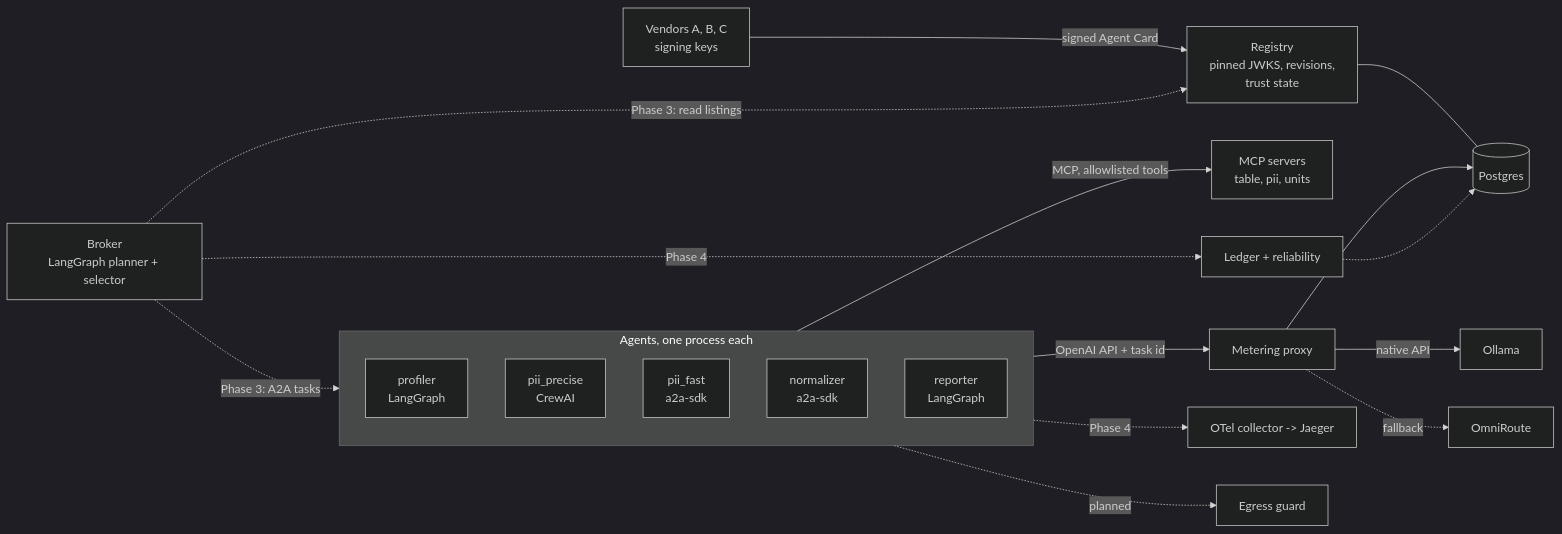
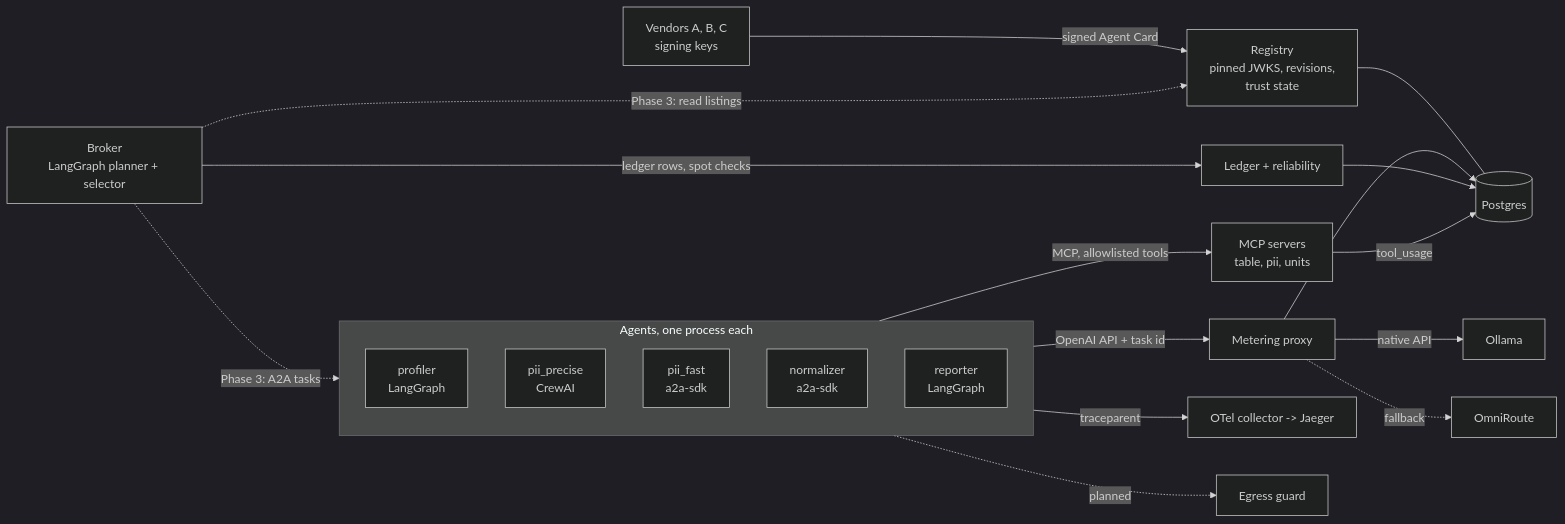
One commit to hamidmatiny/bourse changed the diagram in README.md. Above: the diagram before and after it, drawn with Mermaid (dark theme). The commit also changed other lines of this file and 54 other files, not shown here.

````diff
--- a/README.md
+++ b/README.md
@@ -44,23 +44,24 @@
 ```mermaid
 flowchart LR
     V[Vendors A, B, C<br/>signing keys] -->|signed Agent Card| R[Registry<br/>pinned JWKS, revisions,<br/>trust state]
     R --- DB[(Postgres)]
     B[Broker<br/>LangGraph planner + selector] -.->|Phase 3: read listings| R
     B -.->|Phase 3: A2A tasks| AG
     subgraph AG[Agents, one process each]
         P[profiler<br/>LangGraph]
         PP[pii_precise<br/>CrewAI]
         PF[pii_fast<br/>a2a-sdk]
         N[normalizer<br/>a2a-sdk]
         RP[reporter<br/>LangGraph]
     end
     AG -->|MCP, allowlisted tools| M[MCP servers<br/>table, pii, units]
     AG -->|OpenAI API + task id| MT[Metering proxy]
     MT -->|native API| O[Ollama]
     MT -.->|fallback| OR[OmniRoute]
     MT --> DB
-    B -.->|Phase 4| L[Ledger + reliability]
-    L -.-> DB
-    AG -.->|Phase 4| OT[OTel collector -> Jaeger]
+    B -->|ledger rows, spot checks| L[Ledger + reliability]
+    L --> DB
+    M -->|tool_usage| DB
+    AG -->|traceparent| OT[OTel collector -> Jaeger]
     AG -.->|planned| E[Egress guard]
 ```
````
